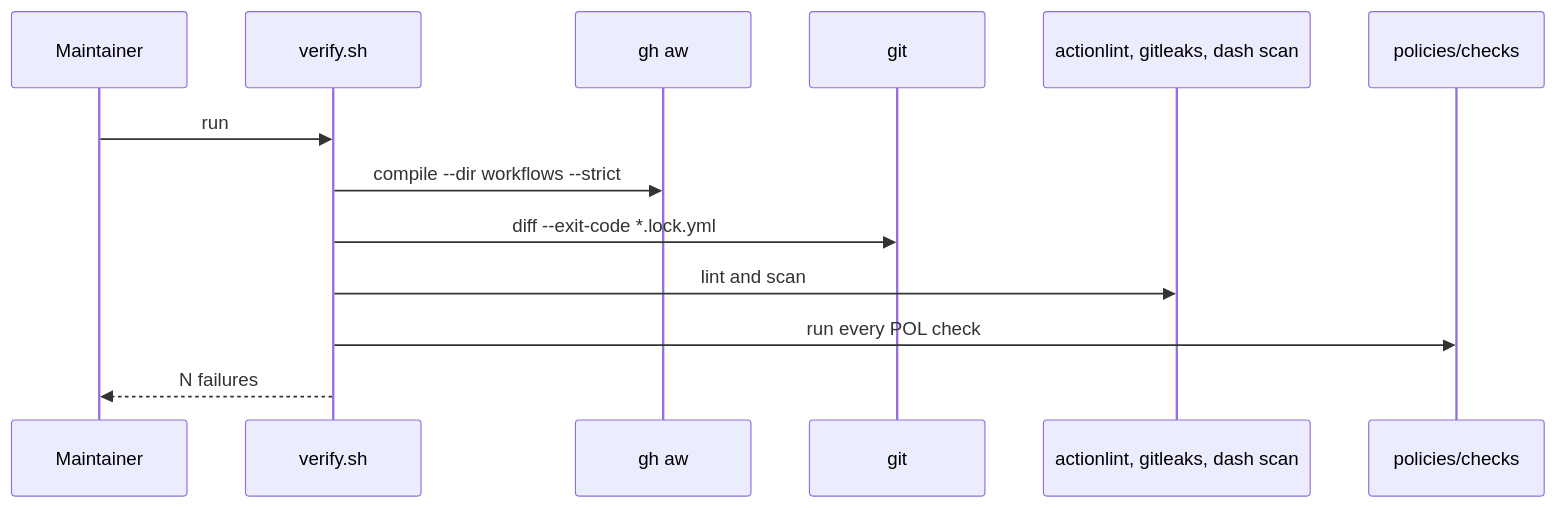
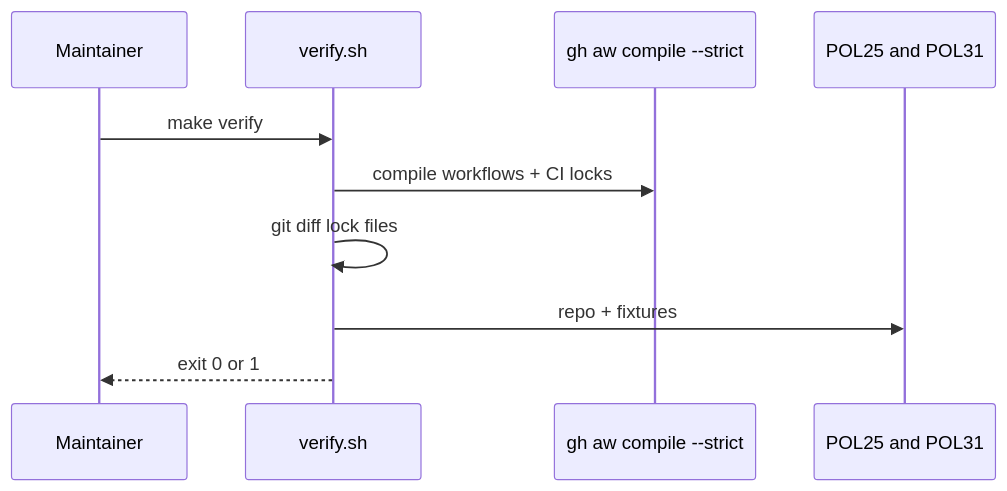
One commit to svennijhuis/agentic-workflows changed the first of 2 diagrams in docs/pbi/done/C01-verify-script.md. Above: the diagram before and after it, drawn with Mermaid. The commit also changed other lines of this file and 986 other files, not shown here.

Commit message:
Cleanup: trust gh aw compile --strict, keep POL25 and POL31 (#28)

````diff
--- a/docs/pbi/done/C01-verify-script.md
+++ b/docs/pbi/done/C01-verify-script.md
@@ -38,15 +32,12 @@
 ```mermaid
 sequenceDiagram
   participant Dev as Maintainer
   participant V as verify.sh
-  participant A as gh aw
-  participant G as git
-  participant L as actionlint, gitleaks, dash scan
-  participant P as policies/checks
-  Dev->>V: run
-  V->>A: compile --dir workflows --strict
-  V->>G: diff --exit-code *.lock.yml
-  V->>L: lint and scan
-  V->>P: run every POL check
-  V-->>Dev: N failures
+  participant A as gh aw compile --strict
+  participant P as POL25 and POL31
+  Dev->>V: make verify
+  V->>A: compile workflows + CI locks
+  V->>V: git diff lock files
+  V->>P: repo + fixtures
+  V-->>Dev: exit 0 or 1
 ```
````
